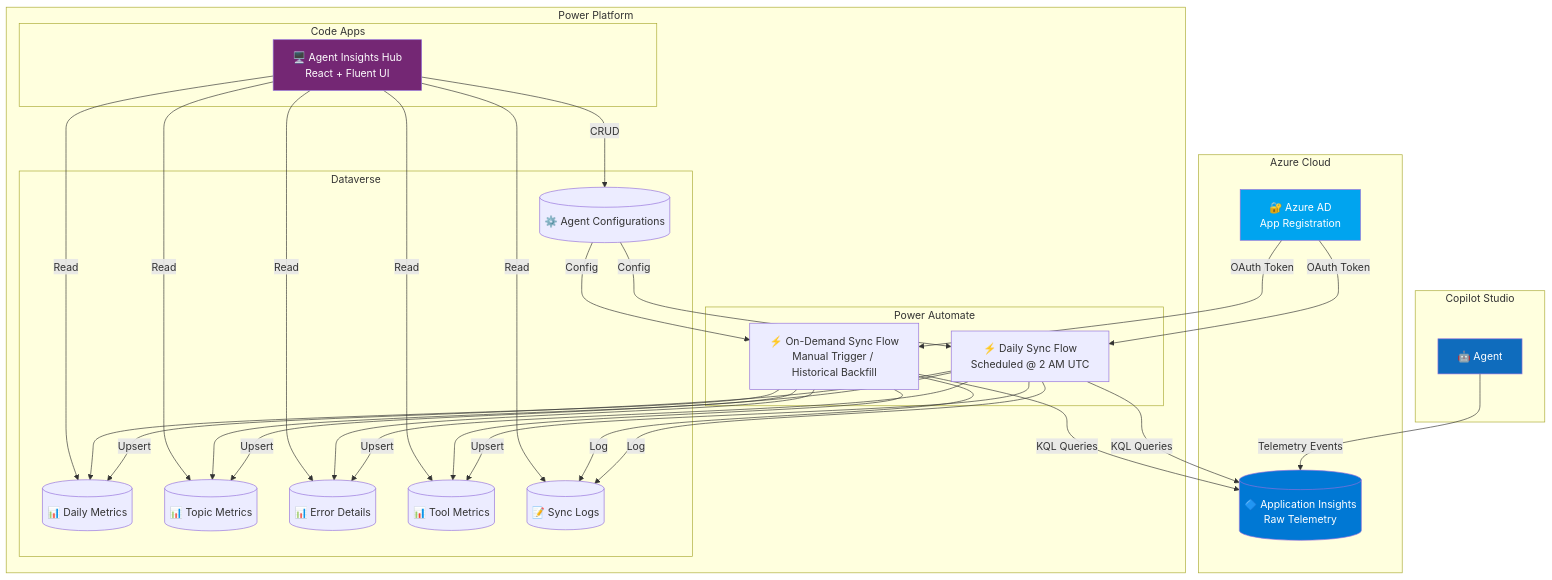
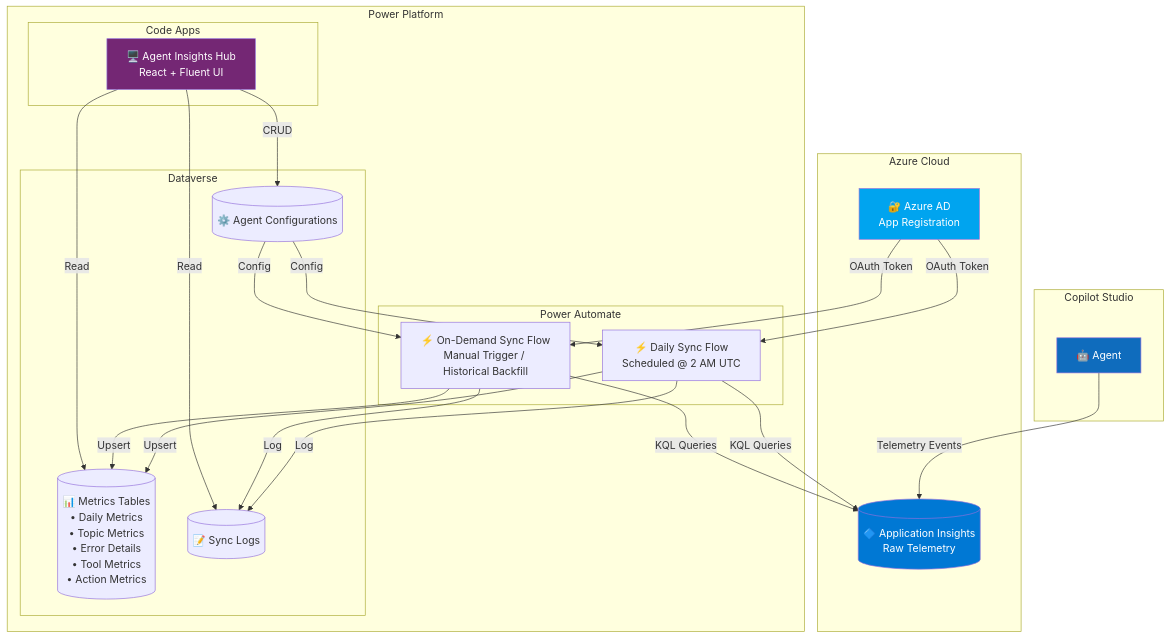
The first of 3 diagrams in AGENTINSIGHTSHUB.md (microsoft/Power-CAT-Copilot-Studio-Kit), drawn with Mermaid before and after one commit.

````diff
--- a/AGENTINSIGHTSHUB.md
+++ b/AGENTINSIGHTSHUB.md
@@ -50,66 +50,53 @@
 ```mermaid
 flowchart TB
     subgraph "Azure Cloud"
         AI[("🔷 Application Insights<br/>Raw Telemetry")]
         AAD["🔐 Azure AD<br/>App Registration"]
     end
 
     subgraph "Power Platform"
         subgraph "Power Automate"
             F1["⚡ Daily Sync Flow<br/>Scheduled @ 2 AM UTC"]
             F2["⚡ On-Demand Sync Flow<br/>Manual Trigger / Historical Backfill"]
         end
 
         subgraph "Dataverse"
-            DV1[("📊 Daily Metrics")]
-            DV2[("📊 Topic Metrics")]
-            DV3[("📊 Error Details")]
-            DV4[("📊 Tool Metrics")]
-            DV5[("⚙️ Agent Configurations")]
-            DV7[("📝 Sync Logs")]
+            DV1[("📊 Metrics Tables<br/>• Daily Metrics<br/>• Topic Metrics<br/>• Error Details<br/>• Tool Metrics<br/>• Action Metrics")]
+            DV2[("⚙️ Agent Configurations")]
+            DV3[("📝 Sync Logs")]
         end
 
         subgraph "Code Apps"
             APP["🖥️ Agent Insights Hub<br/>React + Fluent UI"]
         end
     end
 
     subgraph "Copilot Studio"
         CS["🤖 Agent"]
     end
 
     CS -->|"Telemetry Events"| AI
     AAD -->|"OAuth Token"| F1
     AAD -->|"OAuth Token"| F2
 
     F1 -->|"KQL Queries"| AI
     F2 -->|"KQL Queries"| AI
 
     F1 -->|"Upsert"| DV1
-    F1 -->|"Upsert"| DV2
-    F1 -->|"Upsert"| DV3
-    F1 -->|"Upsert"| DV4
+    F2 -->|"Upsert"| DV1
 
-    F2 --> DV1
-    F2 --> DV2
-    F2 --> DV3
-    F2 --> DV4
+    DV2 -->|"Config"| F1
+    DV2 -->|"Config"| F2
 
-    DV5 -->|"Config"| F1
-    DV5 -->|"Config"| F2
-
-    F1 -->|"Log"| DV7
-    F2 -->|"Log"| DV7
+    F1 -->|"Log"| DV3
+    F2 -->|"Log"| DV3
 
     APP -->|"Read"| DV1
-    APP -->|"Read"| DV2
+    APP -->|"CRUD"| DV2
     APP -->|"Read"| DV3
-    APP -->|"Read"| DV4
-    APP -->|"CRUD"| DV5
-    APP -->|"Read"| DV7
 
     style AI fill:#0078D4,color:white
     style AAD fill:#00A4EF,color:white
     style APP fill:#742774,color:white
     style CS fill:#0F6CBD,color:white
 ```
````
